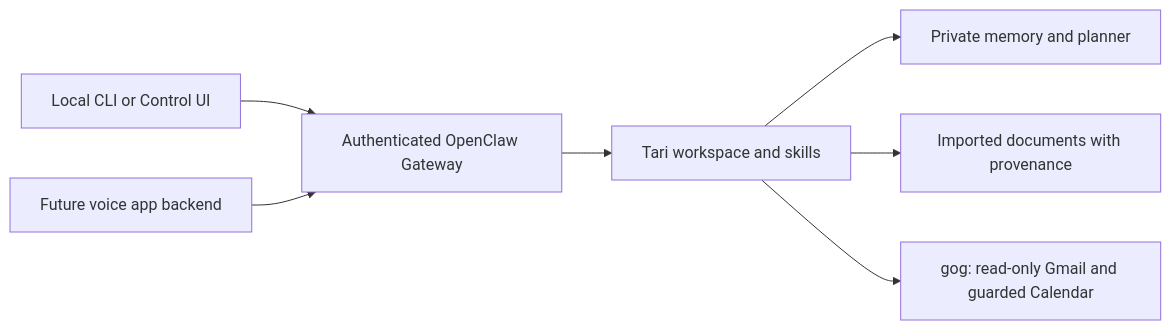
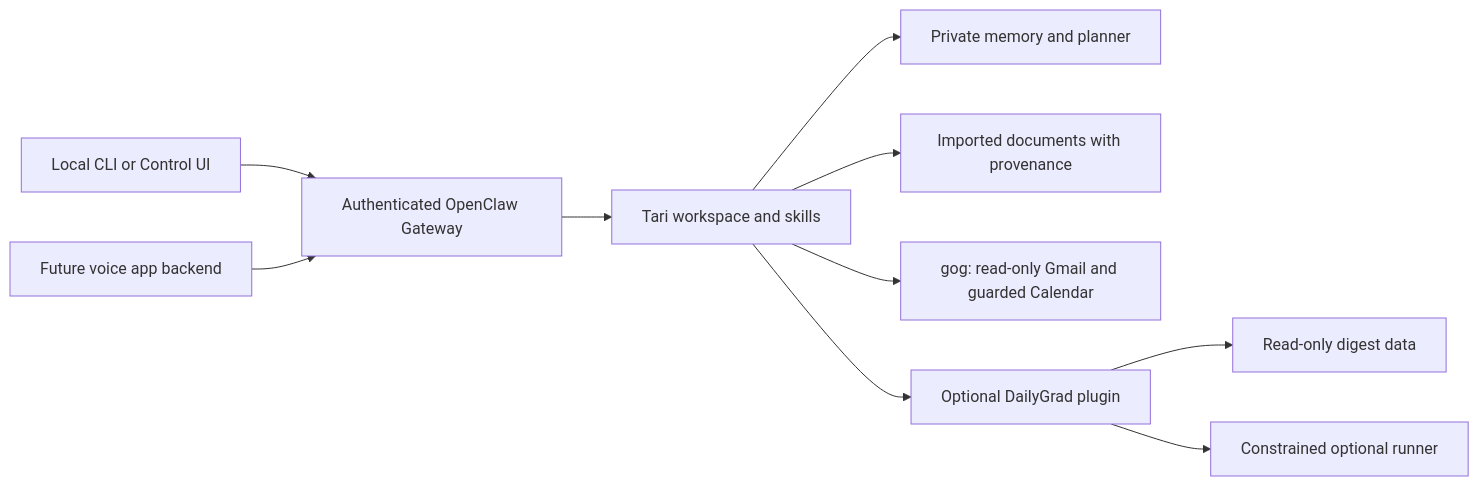
Before and after one commit to SpaceJesusTM/tari-public: the diagram in README.md, drawn with Mermaid. The commit also changed other lines of this file and 38 other files, not shown here.

````diff
--- a/README.md
+++ b/README.md
@@ -13,9 +13,12 @@
 ```mermaid
 flowchart LR
     CLI[Local CLI or Control UI] --> GW[Authenticated OpenClaw Gateway]
     Backend[Future voice app backend] --> GW
     GW --> Tari[Tari workspace and skills]
     Tari --> State[Private memory and planner]
     Tari --> Docs[Imported documents with provenance]
     Tari --> Google[gog: read-only Gmail and guarded Calendar]
+    Tari --> DG[Optional DailyGrad plugin]
+    DG --> Digest[Read-only digest data]
+    DG --> Runner[Constrained optional runner]
 ```
````
